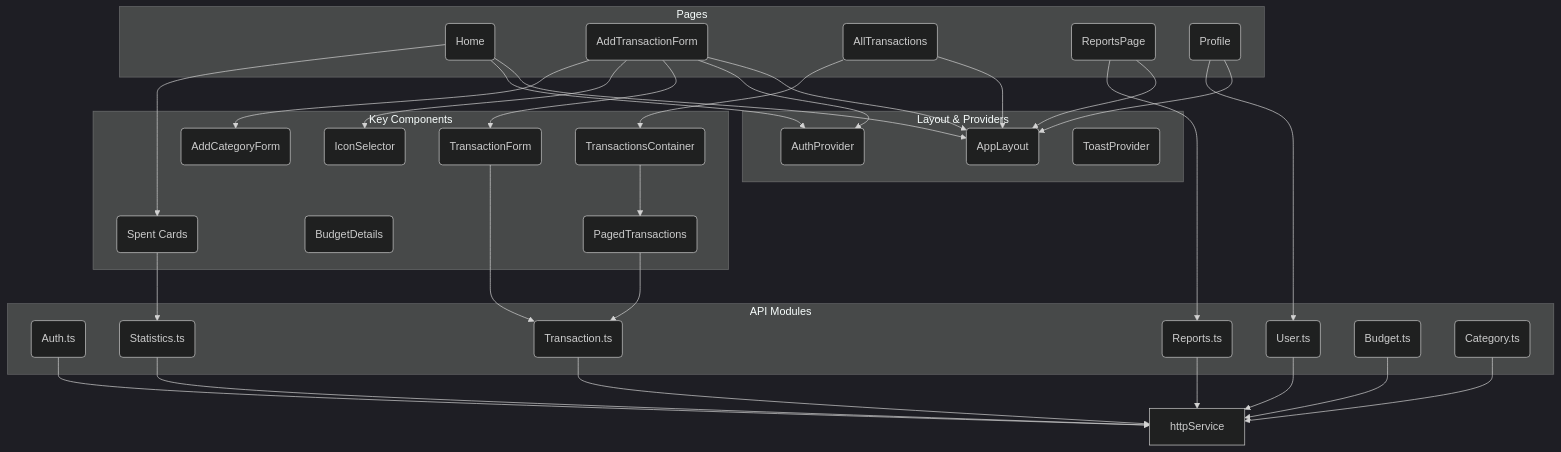
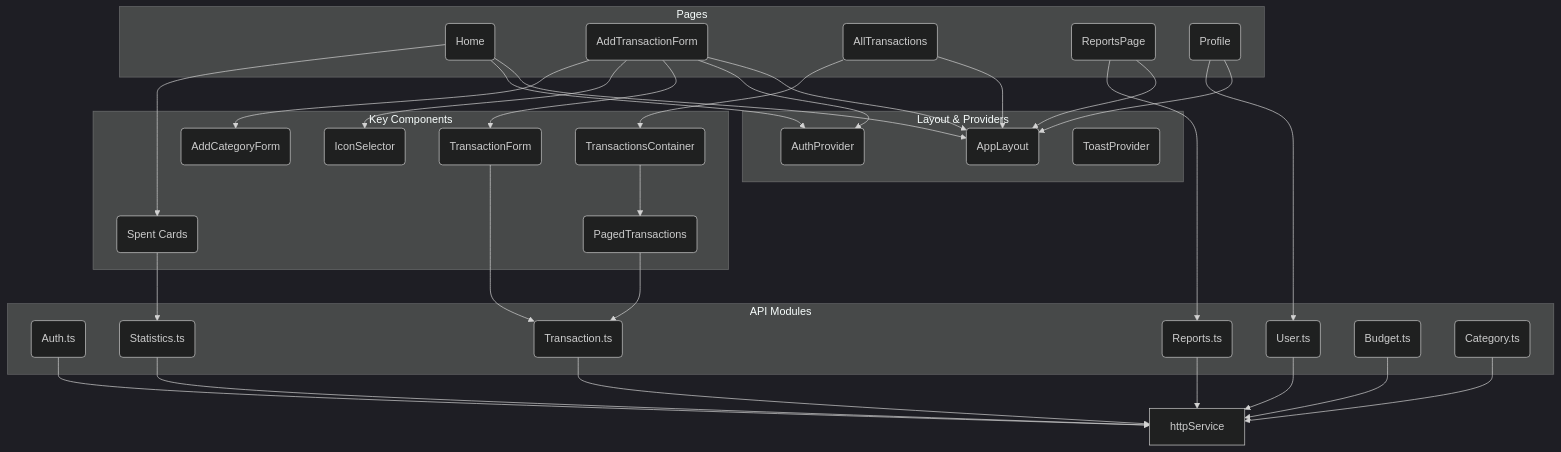
Before and after one commit to cimpa2004/financeTracker: the diagram in docs/frontend-diagrams/components/diagrams/full-relations-clean_2.mmd, drawn with Mermaid (dark theme). The commit also changed 8 other files, not shown here.

```diff
--- a/docs/frontend-diagrams/components/diagrams/full-relations-clean_2.mmd
+++ b/docs/frontend-diagrams/components/diagrams/full-relations-clean_2.mmd
@@ -1,75 +1,74 @@
 flowchart TB
   %% Page group (representative)
   subgraph Pages [Pages]
     P_Home(Home)
     P_AddTx(AddTransactionForm)
     P_AllTx(AllTransactions)
     P_Reports(ReportsPage)
     P_Profile(Profile)
   end
 
   %% Components (representative)
   subgraph Components [Key Components]
     C_TransactionForm(TransactionForm)
     C_TransactionsContainer(TransactionsContainer)
     C_PagedTransactions(PagedTransactions)
-    C_BudgetDetails(BudgetDetails)
     C_AddCategoryForm(AddCategoryForm)
     C_IconSelector(IconSelector)
     C_SpentCards(Spent Cards)
   end
 
   %% Layouts & Providers
   subgraph LP [Layout & Providers]
     L_App(AppLayout)
     Prov_Auth(AuthProvider)
     Prov_Toast(ToastProvider)
   end
 
   %% APIs & Service
   subgraph APIs [API Modules]
     A_Auth(Auth.ts)
     A_Tx(Transaction.ts)
     A_Reports(Reports.ts)
     A_Stats(Statistics.ts)
     A_User(User.ts)
     A_Budget(Budget.ts)
     A_Category(Category.ts)
   end
 
   HttpS[httpService]
 
   %% Layout/provider usage
   P_Home --> L_App
   P_AddTx --> L_App
   P_AllTx --> L_App
   P_Reports --> L_App
   P_Profile --> L_App
 
   P_Home --> Prov_Auth
   P_AddTx --> Prov_Auth
 
   %% Component usage (representative)
   P_AddTx --> C_TransactionForm
   C_TransactionForm --> A_Tx
 
   P_AllTx --> C_TransactionsContainer
   C_TransactionsContainer --> C_PagedTransactions
   C_PagedTransactions --> A_Tx
 
   P_Home --> C_SpentCards
   C_SpentCards --> A_Stats
 
   P_Reports --> A_Reports
   P_Profile --> A_User
   P_AddTx --> C_IconSelector
   P_AddTx --> C_AddCategoryForm
 
   %% APIs use http service
   A_Tx --> HttpS
   A_Reports --> HttpS
   A_Stats --> HttpS
   A_Auth --> HttpS
   A_User --> HttpS
   A_Budget --> HttpS
   A_Category --> HttpS
```
